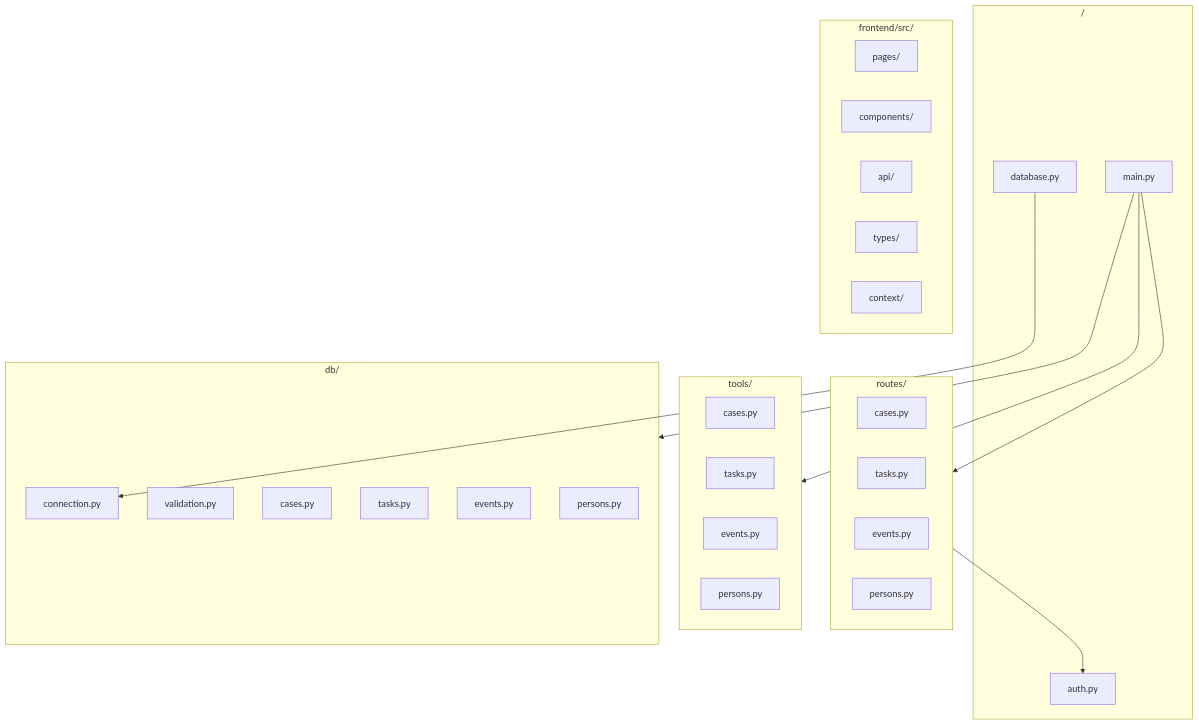
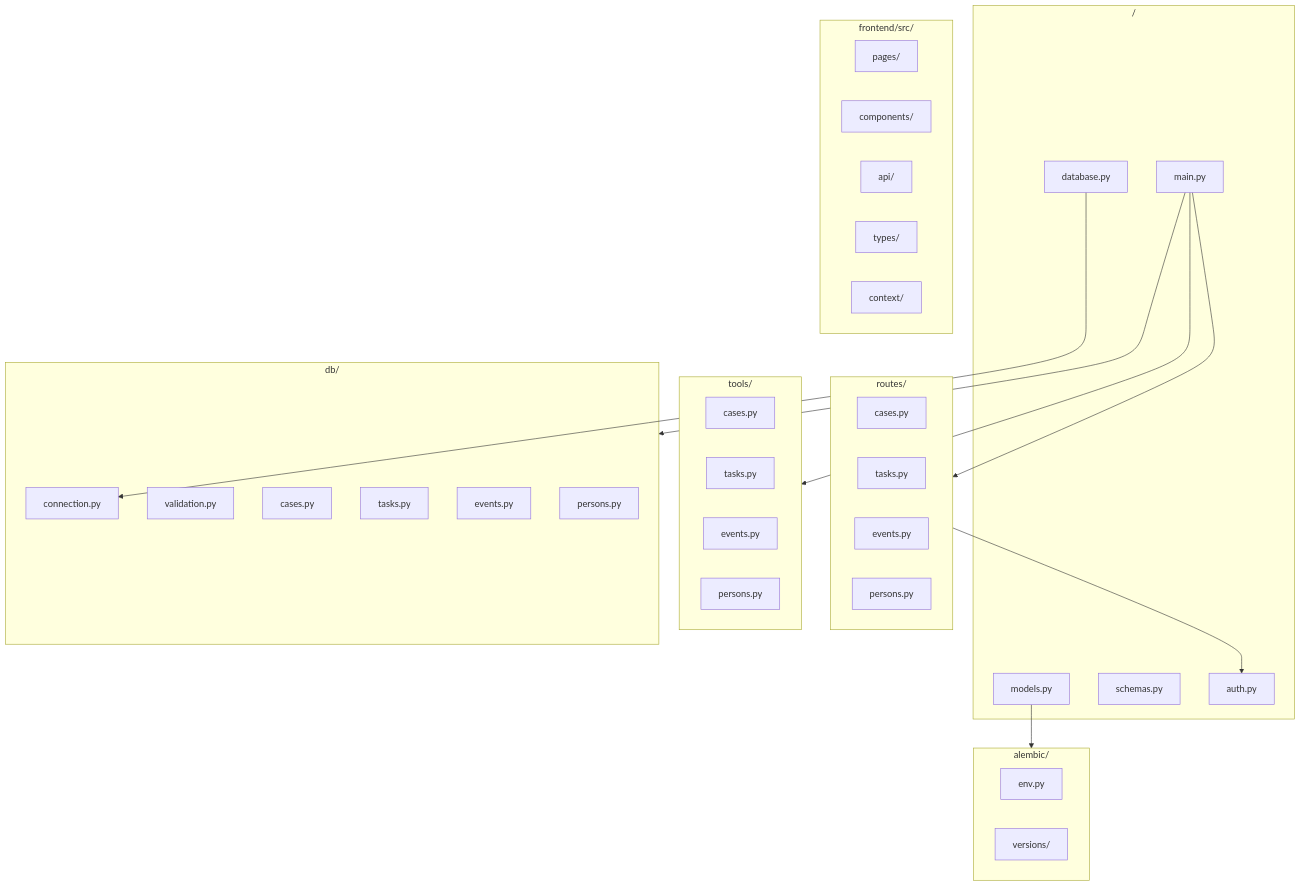
The sixth of 8 diagrams in docs/ARCHITECTURE.md (coopermayne/mcp-galipo), drawn with Mermaid before and after one commit. The commit also changed other lines of this file and 10 other files, not shown here.

First line of the commit message:
feat: add SQLAlchemy models and Alembic migration framework

````diff
--- a/docs/ARCHITECTURE.md
+++ b/docs/ARCHITECTURE.md
@@ -181,45 +188,53 @@
 ```mermaid
 flowchart TB
     subgraph Root["/"]
         main[main.py]
+        models[models.py]
+        schemas[schemas.py]
         auth[auth.py]
         database[database.py]
+    end
+
+    subgraph alembic_pkg["alembic/"]
+        alembic_env[env.py]
+        versions[versions/]
     end
 
     subgraph db_pkg["db/"]
         connection[connection.py]
         validation[validation.py]
         cases_db[cases.py]
         tasks_db[tasks.py]
         events_db[events.py]
         persons_db[persons.py]
     end
 
     subgraph tools_pkg["tools/"]
         cases_tools[cases.py]
         tasks_tools[tasks.py]
         events_tools[events.py]
         persons_tools[persons.py]
     end
 
     subgraph routes_pkg["routes/"]
         cases_routes[cases.py]
         tasks_routes[tasks.py]
         events_routes[events.py]
         persons_routes[persons.py]
     end
 
     subgraph frontend["frontend/src/"]
         pages[pages/]
         components[components/]
         api[api/]
         types[types/]
         context[context/]
     end
 
     main --> db_pkg
     main --> tools_pkg
     main --> routes_pkg
     routes_pkg --> auth
+    models --> alembic_pkg
     database --> connection
 ```
````
